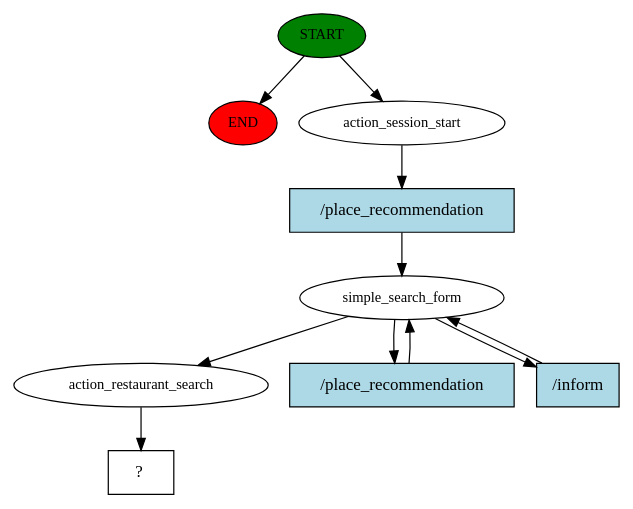
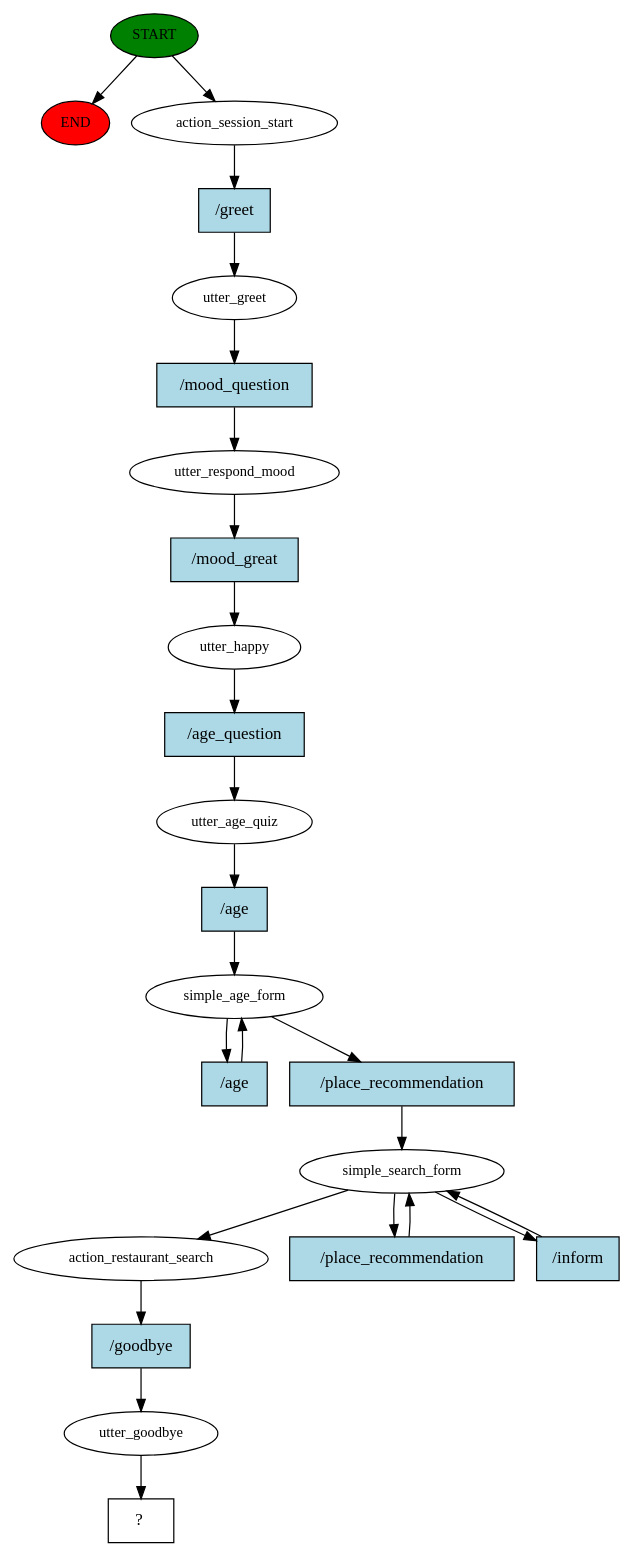
One commit to bhauptvogel/bot-breakout changed the diagram in chatbot/story_graph.dot. Above: the diagram before and after it, drawn with Graphviz. The commit also changed 316 other files, not shown here.

```diff
--- a/chatbot/story_graph.dot
+++ b/chatbot/story_graph.dot
@@ -1,21 +1,48 @@
 digraph  {
 0 [class="start active", fillcolor=green, fontsize=12, label=START, style=filled];
 "-1" [class=end, fillcolor=red, fontsize=12, label=END, style=filled];
 1 [class=active, fontsize=12, label=action_session_start];
-2 [class=active, fontsize=12, label=simple_search_form];
-5 [class=active, fontsize=12, label=action_restaurant_search];
-6 [class="intent dashed active", label="  ?  ", shape=rect];
-7 [class="intent active", fillcolor=lightblue, label="/place_recommendation", shape=rect, style=filled];
-8 [class="intent active", fillcolor=lightblue, label="/place_recommendation", shape=rect, style=filled];
-9 [class="intent active", fillcolor=lightblue, label="/inform", shape=rect, style=filled];
+2 [class=active, fontsize=12, label=utter_greet];
+3 [class=active, fontsize=12, label=utter_respond_mood];
+4 [class=active, fontsize=12, label=utter_happy];
+5 [class=active, fontsize=12, label=utter_age_quiz];
+6 [class=active, fontsize=12, label=simple_age_form];
+9 [class=active, fontsize=12, label=simple_search_form];
+12 [class=active, fontsize=12, label=action_restaurant_search];
+13 [class=active, fontsize=12, label=utter_goodbye];
+14 [class="intent dashed active", label="  ?  ", shape=rect];
+15 [class="intent active", fillcolor=lightblue, label="/greet", shape=rect, style=filled];
+16 [class="intent active", fillcolor=lightblue, label="/mood_question", shape=rect, style=filled];
+17 [class="intent active", fillcolor=lightblue, label="/mood_great", shape=rect, style=filled];
+18 [class="intent active", fillcolor=lightblue, label="/age_question", shape=rect, style=filled];
+19 [class="intent active", fillcolor=lightblue, label="/age", shape=rect, style=filled];
+20 [class="intent active", fillcolor=lightblue, label="/age", shape=rect, style=filled];
+21 [class="intent active", fillcolor=lightblue, label="/place_recommendation", shape=rect, style=filled];
+22 [class="intent active", fillcolor=lightblue, label="/place_recommendation", shape=rect, style=filled];
+23 [class="intent active", fillcolor=lightblue, label="/inform", shape=rect, style=filled];
+24 [class="intent active", fillcolor=lightblue, label="/goodbye", shape=rect, style=filled];
 0 -> "-1"  [class="", key=NONE, label=""];
 0 -> 1  [class=active, key=NONE, label=""];
-1 -> 7  [class=active, key=0];
-2 -> 5  [class=active, key=NONE, label=""];
-2 -> 8  [class=active, key=0];
-2 -> 9  [class=active, key=0];
-5 -> 6  [class=active, key=NONE, label=""];
-7 -> 2  [class=active, key=0];
-8 -> 2  [class=active, key=0];
-9 -> 2  [class=active, key=0];
+1 -> 15  [class=active, key=0];
+2 -> 16  [class=active, key=0];
+3 -> 17  [class=active, key=0];
+4 -> 18  [class=active, key=0];
+5 -> 19  [class=active, key=0];
+6 -> 20  [class=active, key=0];
+6 -> 21  [class=active, key=0];
+9 -> 12  [class=active, key=NONE, label=""];
+9 -> 22  [class=active, key=0];
+9 -> 23  [class=active, key=0];
+12 -> 24  [class=active, key=0];
+13 -> 14  [class=active, key=NONE, label=""];
+15 -> 2  [class=active, key=0];
+16 -> 3  [class=active, key=0];
+17 -> 4  [class=active, key=0];
+18 -> 5  [class=active, key=0];
+19 -> 6  [class=active, key=0];
+20 -> 6  [class=active, key=0];
+21 -> 9  [class=active, key=0];
+22 -> 9  [class=active, key=0];
+23 -> 9  [class=active, key=0];
+24 -> 13  [class=active, key=0];
 }
```
